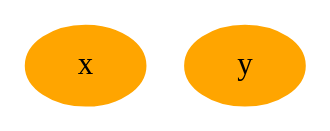
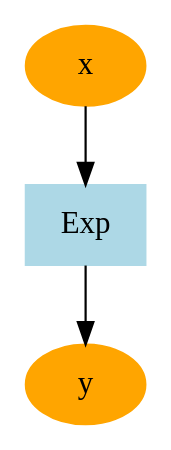
The diagram in dot/input/1.dot (banbiossa/frameworks-from-scratch), drawn with Graphviz before and after one commit. The commit also changed 8 other files, not shown here.

```diff
--- a/dot/input/1.dot
+++ b/dot/input/1.dot
@@ -1,4 +1,7 @@
 digraph g{
     1 [label="x", color=orange, style=filled]
     2 [label="y", color=orange, style=filled]
+    3 [label="Exp", color=lightblue, style=filled, shape=box]
+    1 -> 3
+    3 -> 2
 }
```
